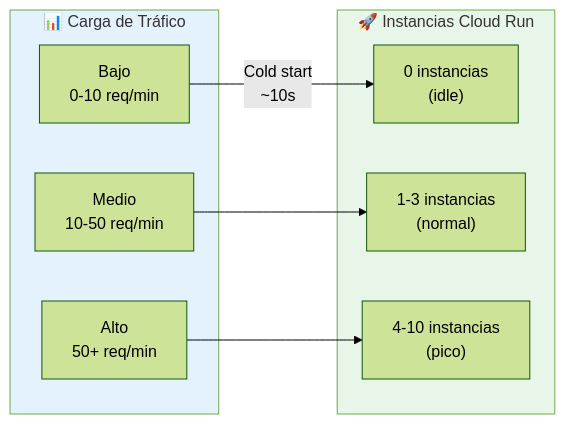
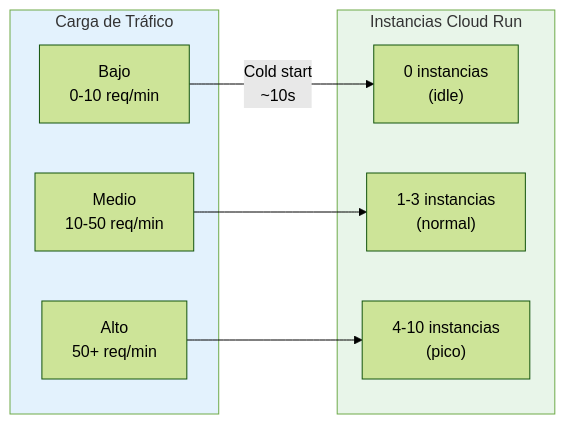
One commit to miguelp7200/agente changed diagram 14 of 16 in docs/official/architecture/20_SYSTEM_ARCHITECTURE.md. Above: the diagram before and after it, drawn with Mermaid (forest theme). The commit also changed other lines of this file and 12 other files, not shown here.

````diff
--- a/docs/official/architecture/20_SYSTEM_ARCHITECTURE.md
+++ b/docs/official/architecture/20_SYSTEM_ARCHITECTURE.md
@@ -759,21 +759,21 @@
 ```mermaid
 graph LR
-    subgraph Load["📊 Carga de Tráfico"]
+    subgraph Load["Carga de Tráfico"]
         Low["Bajo<br/>0-10 req/min"]
         Medium["Medio<br/>10-50 req/min"]
         High["Alto<br/>50+ req/min"]
     end
     
-    subgraph Instances["🚀 Instancias Cloud Run"]
+    subgraph Instances["Instancias Cloud Run"]
         I0["0 instancias<br/>(idle)"]
         I1["1-3 instancias<br/>(normal)"]
         I10["4-10 instancias<br/>(pico)"]
     end
     
     Low -->|"Cold start<br/>~10s"| I0
     Medium --> I1
     High --> I10
     
     style Load fill:#e3f2fd
     style Instances fill:#e8f5e9
 ```
````
